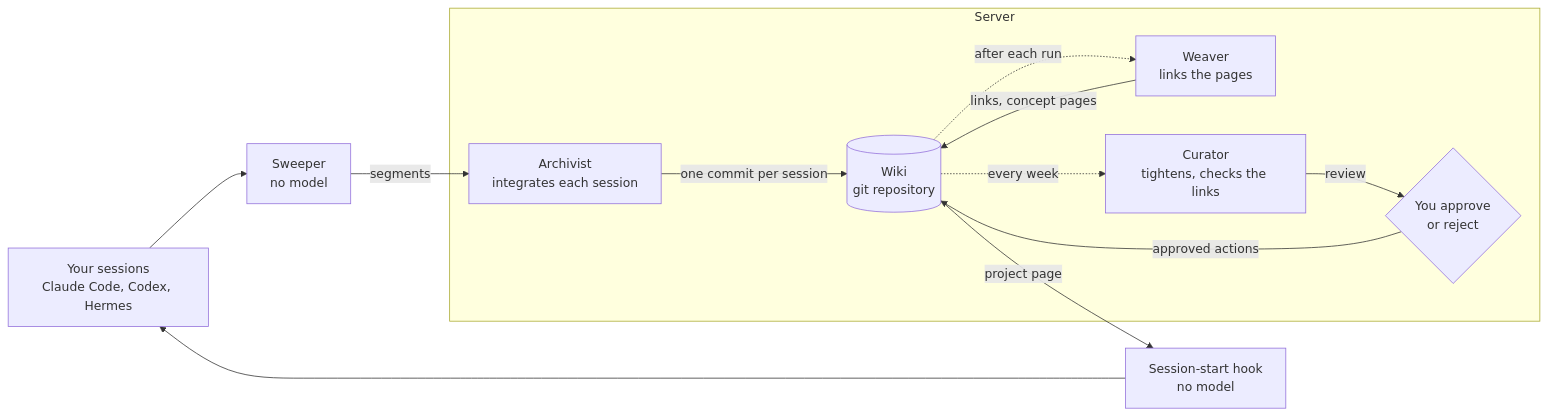
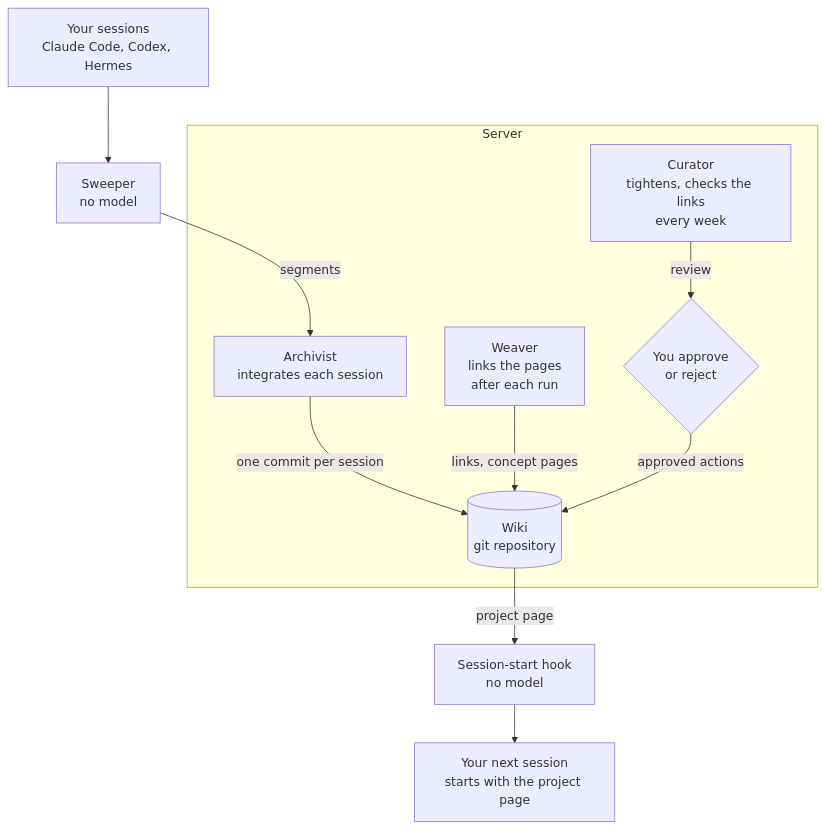
Before and after one commit to paultranvan/memex: the diagram in docs/AGENT-ROLES.md, drawn with Mermaid.

Commit message:
Draw the agent roles diagram top to bottom
On GitHub the left-to-right diagram came out too wide: the text was tiny and
the sweeper was hidden behind the viewer's controls. It now reads top to
bottom, with no cycle: the three roles point into the wiki, and the wiki
feeds the next session.

````diff
--- a/docs/AGENT-ROLES.md
+++ b/docs/AGENT-ROLES.md
@@ -7,25 +7,25 @@
 ```mermaid
-flowchart LR
+flowchart TB
     S["Your sessions<br/>Claude Code, Codex, Hermes"]
     SW["Sweeper<br/>no model"]
-    H["Session-start hook<br/>no model"]
 
     subgraph server["Server"]
         A["Archivist<br/>integrates each session"]
-        WV["Weaver<br/>links the pages"]
-        C["Curator<br/>tightens, checks the links"]
+        WV["Weaver<br/>links the pages<br/>after each run"]
+        C["Curator<br/>tightens, checks the links<br/>every week"]
         Y{"You approve<br/>or reject"}
         W[("Wiki<br/>git repository")]
     end
 
+    H["Session-start hook<br/>no model"]
+    N["Your next session<br/>starts with the project page"]
+
     S --> SW
     SW -- "segments" --> A
     A -- "one commit per session" --> W
-    W -. "after each run" .-> WV
     WV -- "links, concept pages" --> W
-    W -. "every week" .-> C
     C -- "review" --> Y
     Y -- "approved actions" --> W
     W -- "project page" --> H
-    H --> S
+    H --> N
 ```
````
